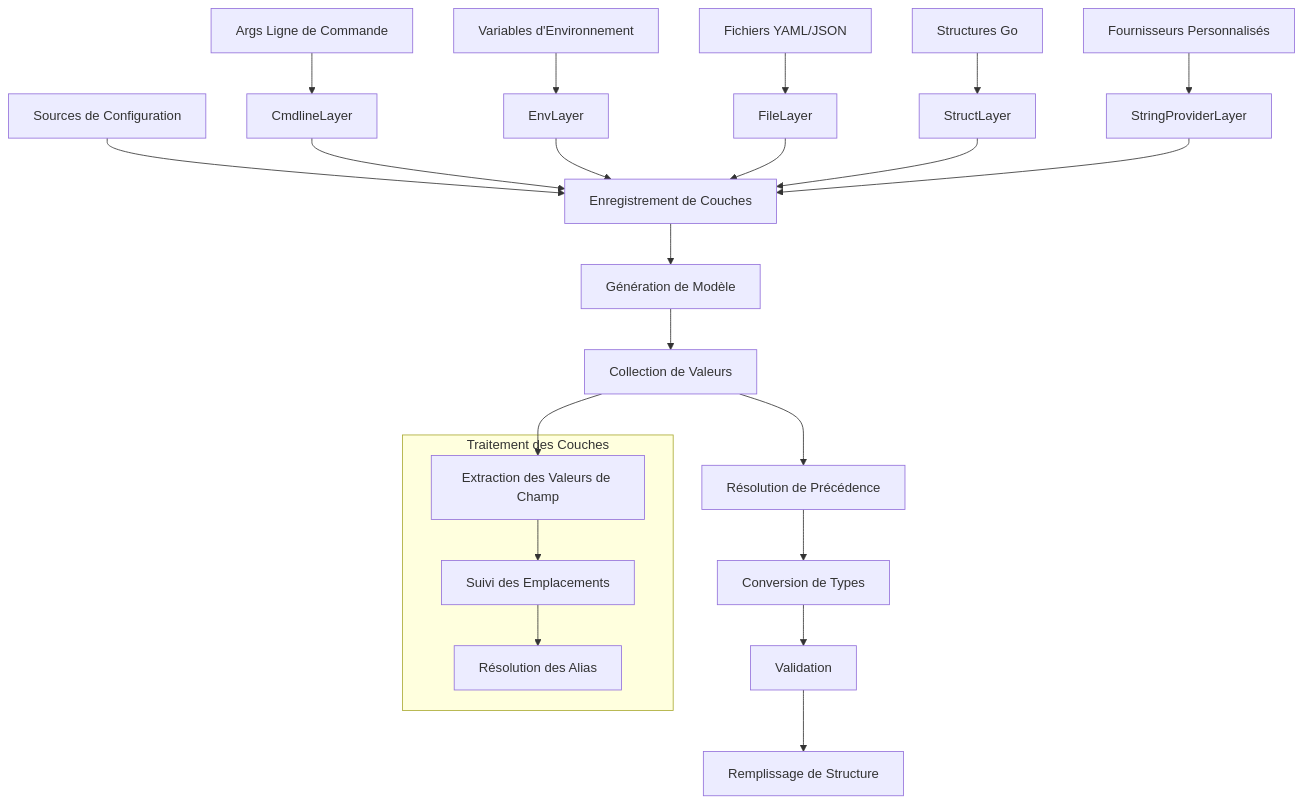
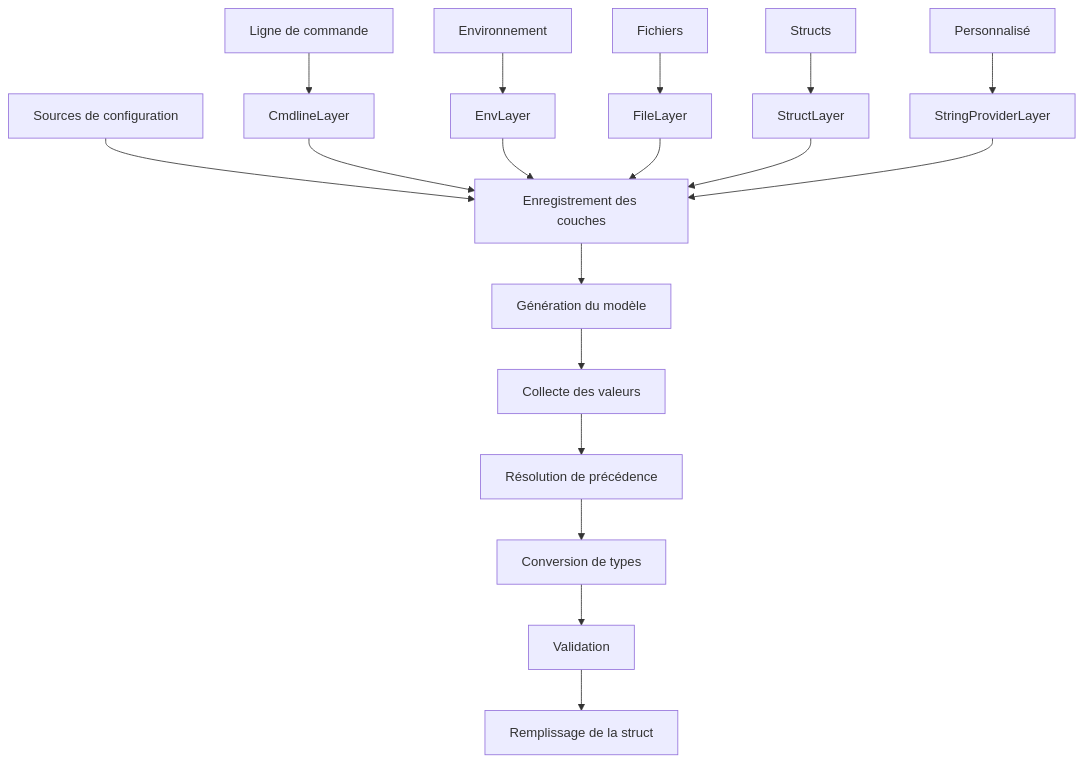
One commit to byte4ever/dsco changed the diagram in README_fr.md. Above: the diagram before and after it, drawn with Mermaid. The commit also changed other lines of this file and 107 other files, not shown here.

````diff
--- a/README_fr.md
+++ b/README_fr.md
@@ -289,32 +516,22 @@
 ```mermaid
 graph TB
-    A[Sources de Configuration] --> B[Enregistrement de Couches]
-    B --> C[Génération de Modèle]
-    C --> D[Collection de Valeurs]
-    D --> E[Résolution de Précédence]
-    E --> F[Conversion de Types]
+    A[Sources de configuration] --> B[Enregistrement des couches]
+    B --> C[Génération du modèle]
+    C --> D[Collecte des valeurs]
+    D --> E[Résolution de précédence]
+    E --> F[Conversion de types]
     F --> G[Validation]
-    G --> H[Remplissage de Structure]
+    G --> H[Remplissage de la struct]
 
-    A1[Args Ligne de Commande] --> B1[CmdlineLayer]
-    A2[Variables d'Environnement] --> B2[EnvLayer]
-    A3[Fichiers YAML/JSON] --> B3[FileLayer]
-    A4[Structures Go] --> B4[StructLayer]
-    A5[Fournisseurs Personnalisés] --> B5[StringProviderLayer]
+    A1[Ligne de commande] --> B1[CmdlineLayer]
+    A2[Environnement] --> B2[EnvLayer]
+    A3[Fichiers] --> B3[FileLayer]
+    A4[Structs] --> B4[StructLayer]
+    A5[Personnalisé] --> B5[StringProviderLayer]
 
     B1 --> B
     B2 --> B
     B3 --> B
     B4 --> B
     B5 --> B
-
-    subgraph "Traitement des Couches"
-        D1[Extraction des Valeurs de Champ]
-        D2[Suivi des Emplacements]
-        D3[Résolution des Alias]
-    end
-
-    D --> D1
-    D1 --> D2
-    D2 --> D3
 ```
````
